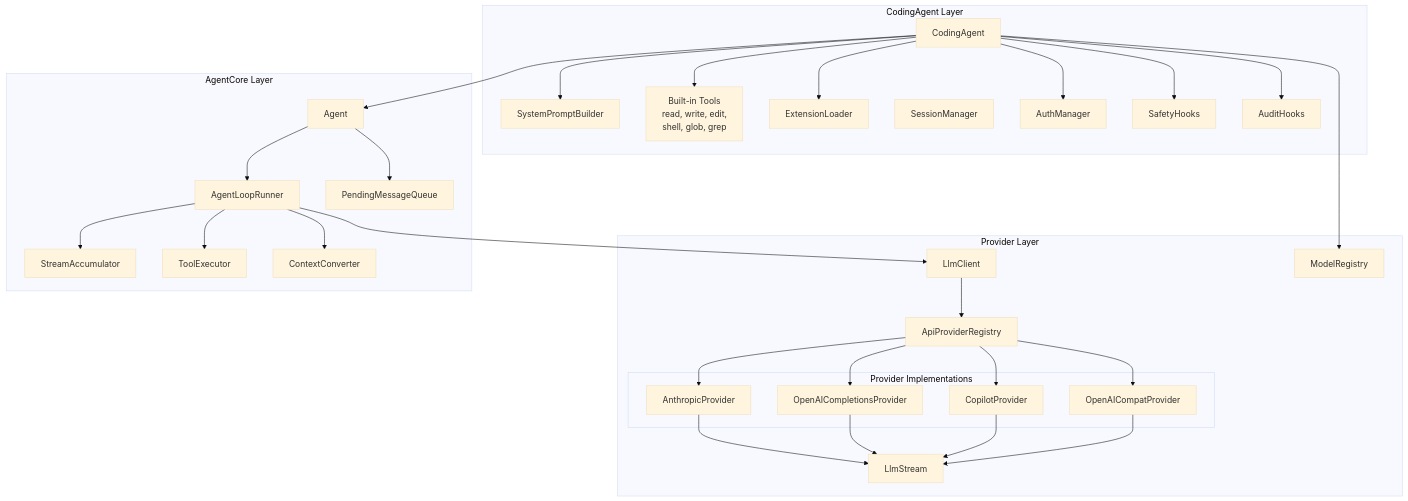
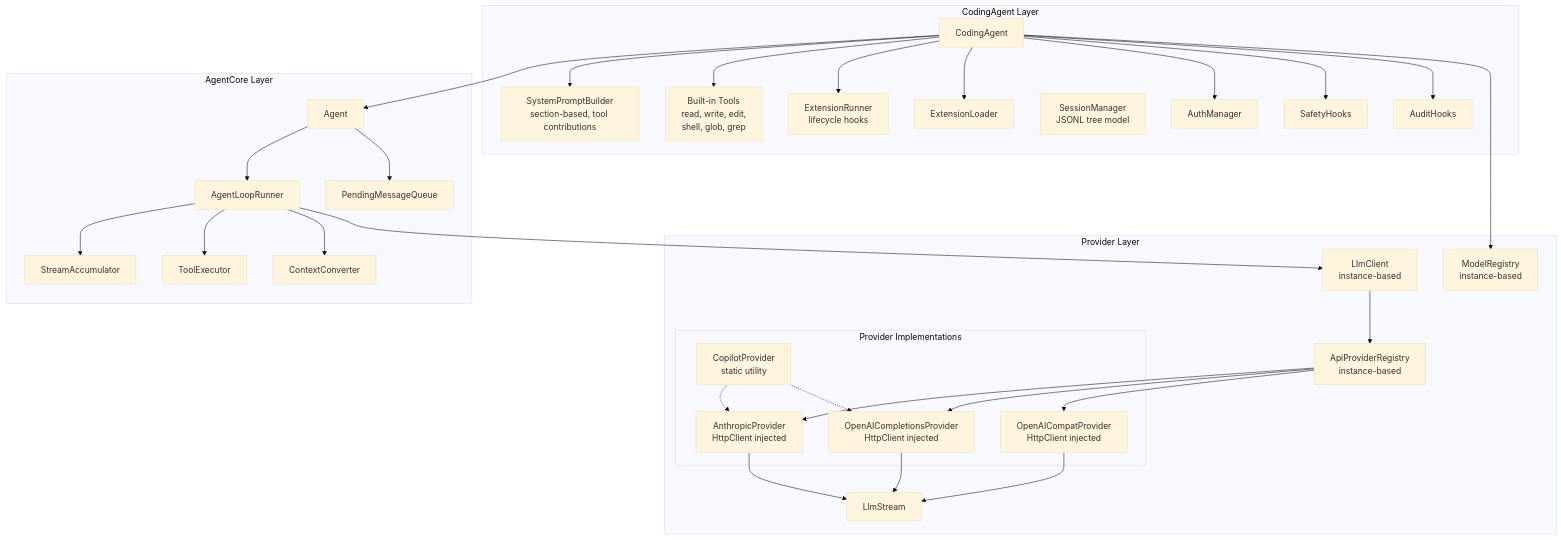
The diagram in docs/training/00-overview.md (larry-fox-lobster/botnexus), drawn with Mermaid (base theme) before and after one commit. The commit also changed other lines of this file and 6 other files, not shown here.

````diff
--- a/docs/training/00-overview.md
+++ b/docs/training/00-overview.md
@@ -21,60 +21,62 @@
 ```mermaid
 graph TB
     subgraph CodingAgent["CodingAgent Layer"]
         CA[CodingAgent]
-        SPB[SystemPromptBuilder]
+        SPB[SystemPromptBuilder<br/>section-based, tool contributions]
         Tools[Built-in Tools<br/>read, write, edit,<br/>shell, glob, grep]
+        ER[ExtensionRunner<br/>lifecycle hooks]
         Ext[ExtensionLoader]
-        Session[SessionManager]
+        Session[SessionManager<br/>JSONL tree model]
         Safety[SafetyHooks]
         Audit[AuditHooks]
         Auth[AuthManager]
     end
 
     subgraph AgentCore["AgentCore Layer"]
         Agent[Agent]
         ALR[AgentLoopRunner]
         SA[StreamAccumulator]
         TE[ToolExecutor]
         CC[ContextConverter]
         PMQ[PendingMessageQueue]
     end
 
     subgraph Providers["Provider Layer"]
-        LC[LlmClient]
-        APR[ApiProviderRegistry]
-        MR[ModelRegistry]
+        LC[LlmClient<br/>instance-based]
+        APR[ApiProviderRegistry<br/>instance-based]
+        MR[ModelRegistry<br/>instance-based]
         LS[LlmStream]
 
         subgraph Implementations["Provider Implementations"]
-            Anthropic[AnthropicProvider]
-            OpenAI[OpenAICompletionsProvider]
-            Copilot[CopilotProvider]
-            Compat[OpenAICompatProvider]
+            Anthropic[AnthropicProvider<br/>HttpClient injected]
+            OpenAI[OpenAICompletionsProvider<br/>HttpClient injected]
+            CopilotUtil[CopilotProvider<br/>static utility]
+            Compat[OpenAICompatProvider<br/>HttpClient injected]
         end
     end
 
     CA --> Agent
     CA --> SPB
     CA --> Tools
+    CA --> ER
     CA --> Ext
     CA --> Auth
     CA --> Safety
     CA --> Audit
     Agent --> ALR
     ALR --> SA
     ALR --> TE
     ALR --> CC
     Agent --> PMQ
     ALR --> LC
     LC --> APR
     APR --> Anthropic
     APR --> OpenAI
-    APR --> Copilot
     APR --> Compat
     Anthropic --> LS
     OpenAI --> LS
-    Copilot --> LS
     Compat --> LS
+    CopilotUtil -.-> Anthropic
+    CopilotUtil -.-> OpenAI
     CA --> MR
 ```
````
